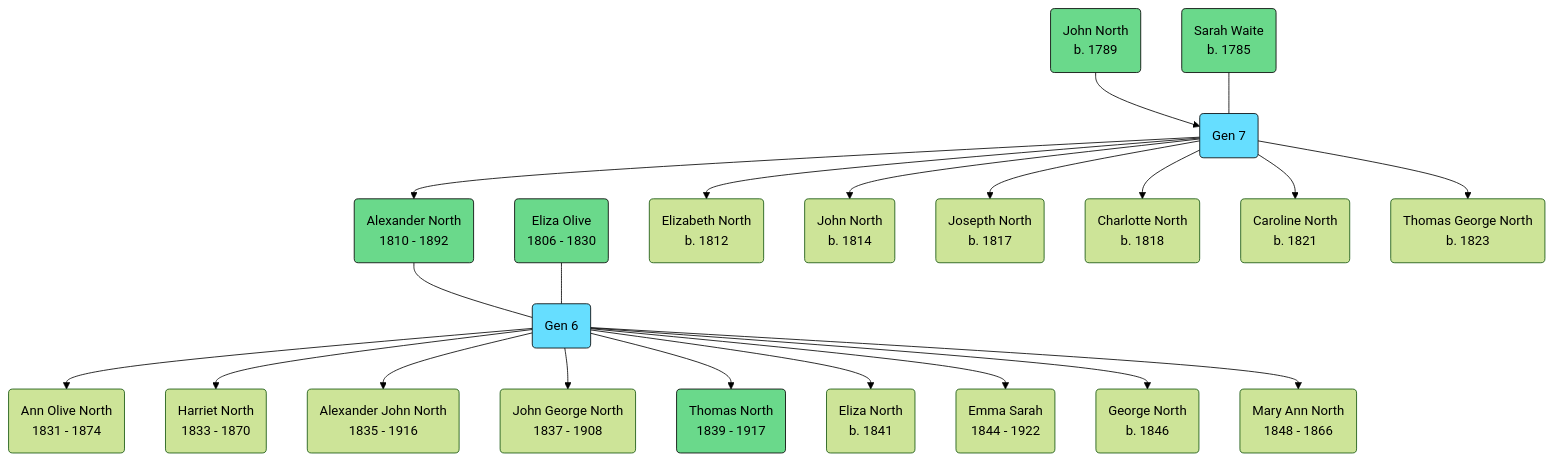
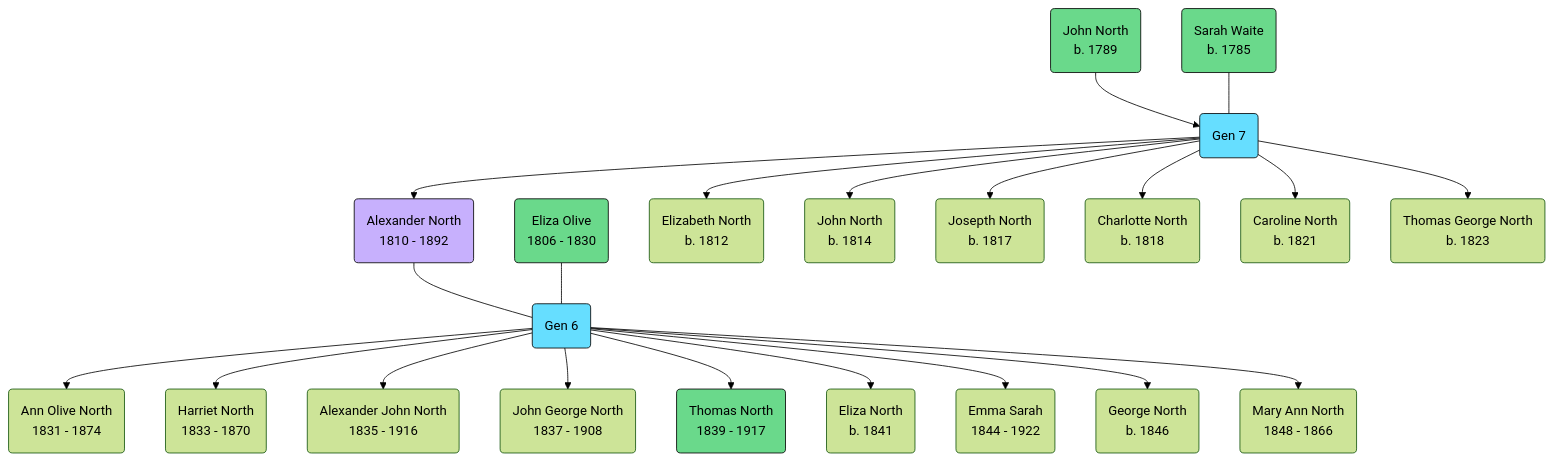
One commit to jonmthomson/genealogy changed the diagram in content/People/NORTH, (1810) Alexander.md. Above: the diagram before and after it, drawn with Mermaid (forest theme). The commit also changed 10 other files, not shown here.

````diff
--- a/content/People/NORTH, (1810) Alexander.md
+++ b/content/People/NORTH, (1810) Alexander.md
@@ -24,32 +24,33 @@
 ```mermaid
 flowchart TD
 %% Colors %%
 
 classDef blue fill:#66deff,stroke:#000,color:#000
 classDef green fill:#6ad98b,stroke:#000,color:#000
+classDef lavender fill:#c7b0fd,stroke:#000,color:#000
 
 %% GENERATION 8 %%
 P1(John North<br>b. 1789):::green --> G7(Gen 7):::blue
 P2(Sarah Waite<br>b. 1785):::green --- G7
 
 %% GENERATION 7 %%
-G7 --> P3(Alexander North<br>1810 - 1892):::green --- G6(Gen 6):::blue
+G7 --> P3(Alexander North<br>1810 - 1892):::lavender --- G6(Gen 6):::blue
 P4(Eliza Olive<br>1806 - 1830):::green --- G6
 G7 --> P5(Elizabeth North<br>b. 1812)
 G7 --> P6(John North<br>b. 1814)
 G7 --> P7(Josepth North<br>b. 1817)
 G7 --> P8(Charlotte North<br>b. 1818)
 G7 --> P9(Caroline North<br>b. 1821)
 G7 --> P10(Thomas George North<br>b. 1823)
 
 %% GENERATION 6 %%
 G6 --> P11(Ann Olive North<br>1831 - 1874)
 G6 --> P12(Harriet North<br>1833 - 1870)
 G6 --> P13(Alexander John North<br>1835 - 1916)
 G6 --> P14(John George North<br>1837 - 1908)
 G6 --> P15(Thomas North<br>1839 - 1917):::green
 G6 --> P16(Eliza North<br>b. 1841)
 G6 --> P17(Emma Sarah<br>1844 - 1922)
 G6 --> P18(George North<br>b. 1846)
 G6 --> P19(Mary Ann North<br>1848 - 1866)
 ```
````
